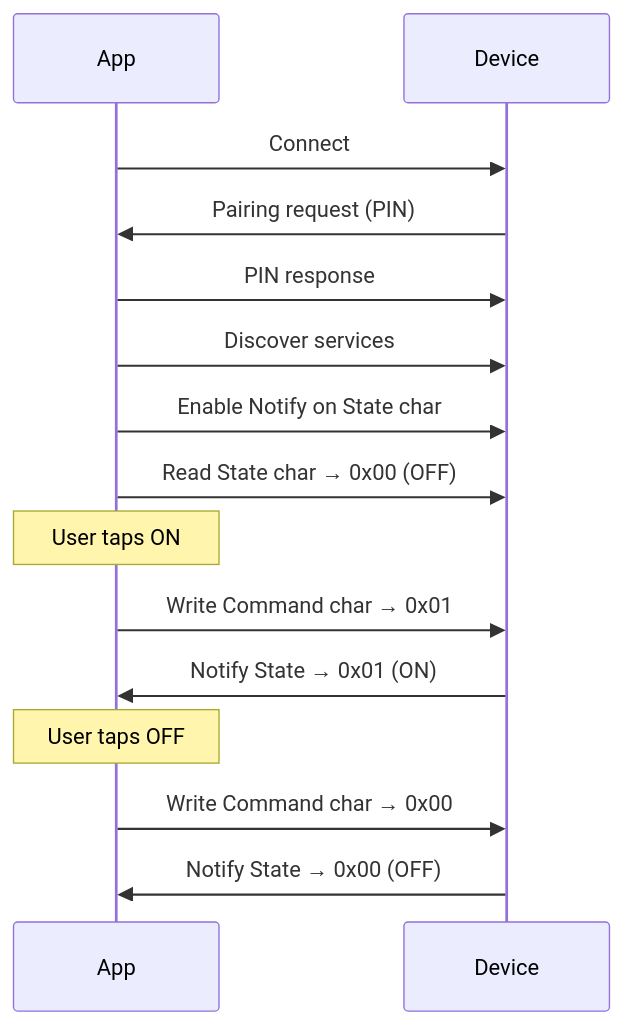
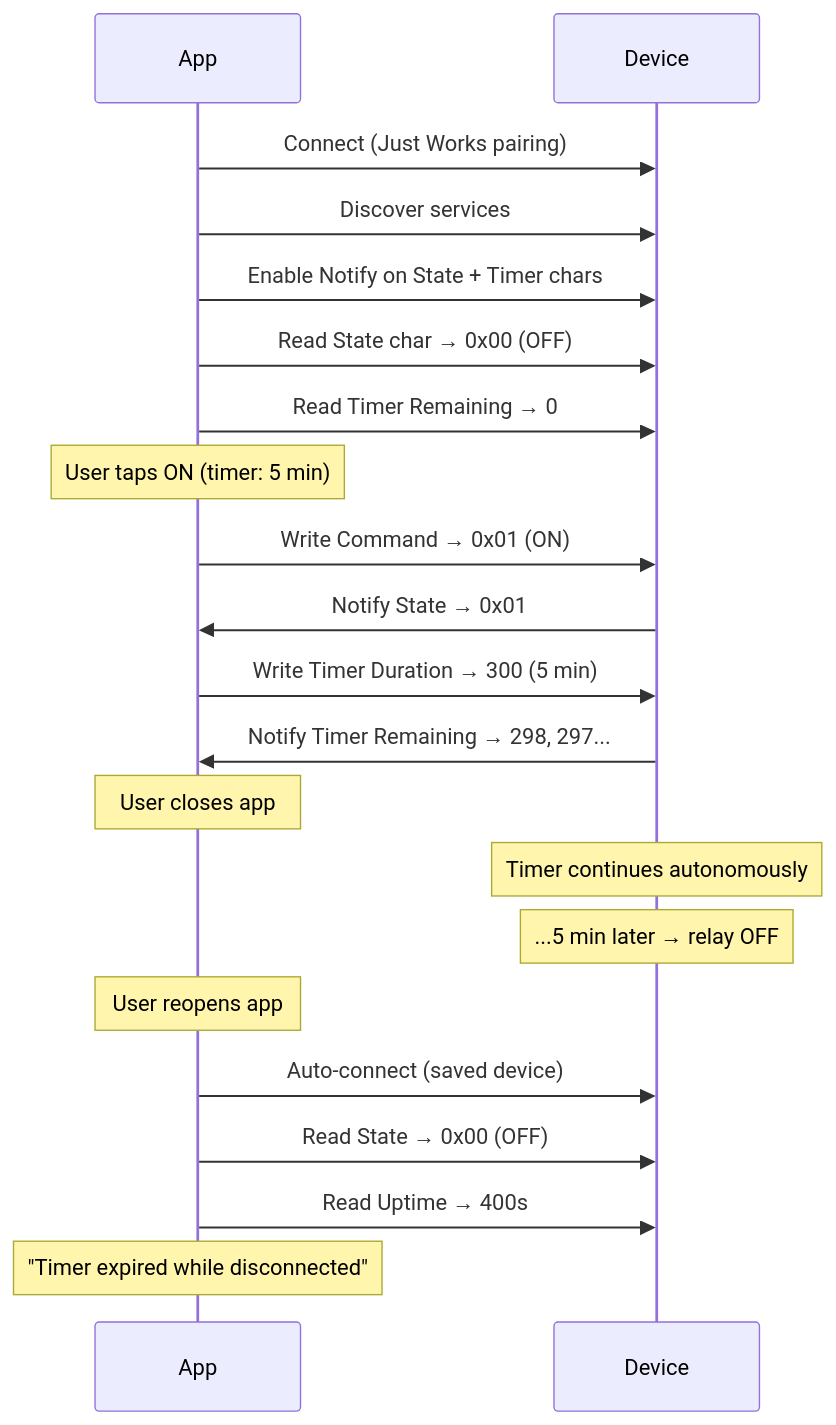
The third of 3 diagrams in docs/architecture-app.md (vabarcaPWR/xiao-remote-button), drawn with Mermaid before and after one commit. The commit also changed other lines of this file and 1 other file, not shown here.

````diff
--- a/docs/architecture-app.md
+++ b/docs/architecture-app.md
@@ -98,20 +115,27 @@
 ```mermaid
 sequenceDiagram
     participant App
     participant Device
 
-    App->>Device: Connect
-    Device->>App: Pairing request (PIN)
-    App->>Device: PIN response
+    App->>Device: Connect (Just Works pairing)
     App->>Device: Discover services
-    App->>Device: Enable Notify on State char
+    App->>Device: Enable Notify on State + Timer chars
     App->>Device: Read State char → 0x00 (OFF)
+    App->>Device: Read Timer Remaining → 0
 
-    Note over App: User taps ON
-    App->>Device: Write Command char → 0x01
-    Device->>App: Notify State → 0x01 (ON)
+    Note over App: User taps ON (timer: 5 min)
+    App->>Device: Write Command → 0x01 (ON)
+    Device->>App: Notify State → 0x01
+    App->>Device: Write Timer Duration → 300 (5 min)
+    Device->>App: Notify Timer Remaining → 298, 297...
 
-    Note over App: User taps OFF
-    App->>Device: Write Command char → 0x00
-    Device->>App: Notify State → 0x00 (OFF)
+    Note over App: User closes app
+    Note over Device: Timer continues autonomously
+    Note over Device: ...5 min later → relay OFF
+
+    Note over App: User reopens app
+    App->>Device: Auto-connect (saved device)
+    App->>Device: Read State → 0x00 (OFF)
+    App->>Device: Read Uptime → 400s
+    Note over App: "Timer expired while disconnected"
 ```
````
